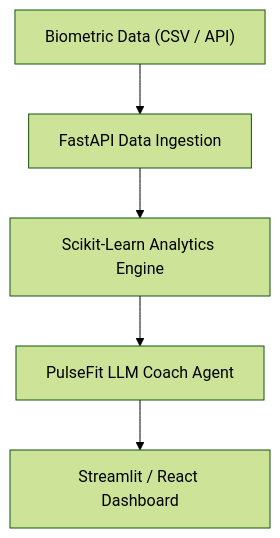
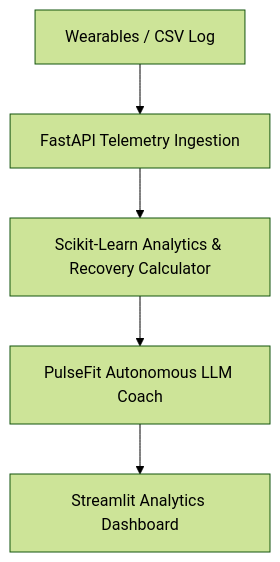
The diagram in docs/ARCHITECTURE.md (nachiket0987/pulsefit-ai), drawn with Mermaid (forest theme) before and after one commit. The commit also changed other lines of this file, not shown here.

Commit message:
docs: add/update docs/ARCHITECTURE.md specification

````diff
--- a/docs/ARCHITECTURE.md
+++ b/docs/ARCHITECTURE.md
@@ -10,7 +10,7 @@
 ```mermaid
 graph TB
-    Wearables["Biometric Data (CSV / API)"] --> Ingestion["FastAPI Data Ingestion"]
-    Ingestion --> Analytics["Scikit-Learn Analytics Engine"]
-    Analytics --> Agent["PulseFit LLM Coach Agent"]
-    Agent --> UI["Streamlit / React Dashboard"]
+    Wearables["Wearables / CSV Log"] --> Ingestion["FastAPI Telemetry Ingestion"]
+    Ingestion --> ML["Scikit-Learn Analytics & Recovery Calculator"]
+    ML --> Agent["PulseFit Autonomous LLM Coach"]
+    Agent --> UI["Streamlit Analytics Dashboard"]
 ```
````
